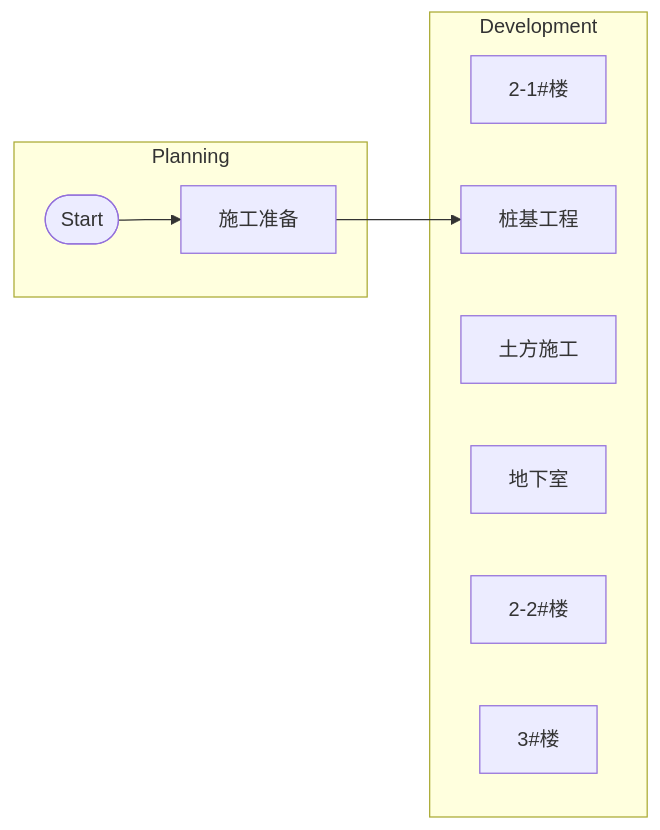
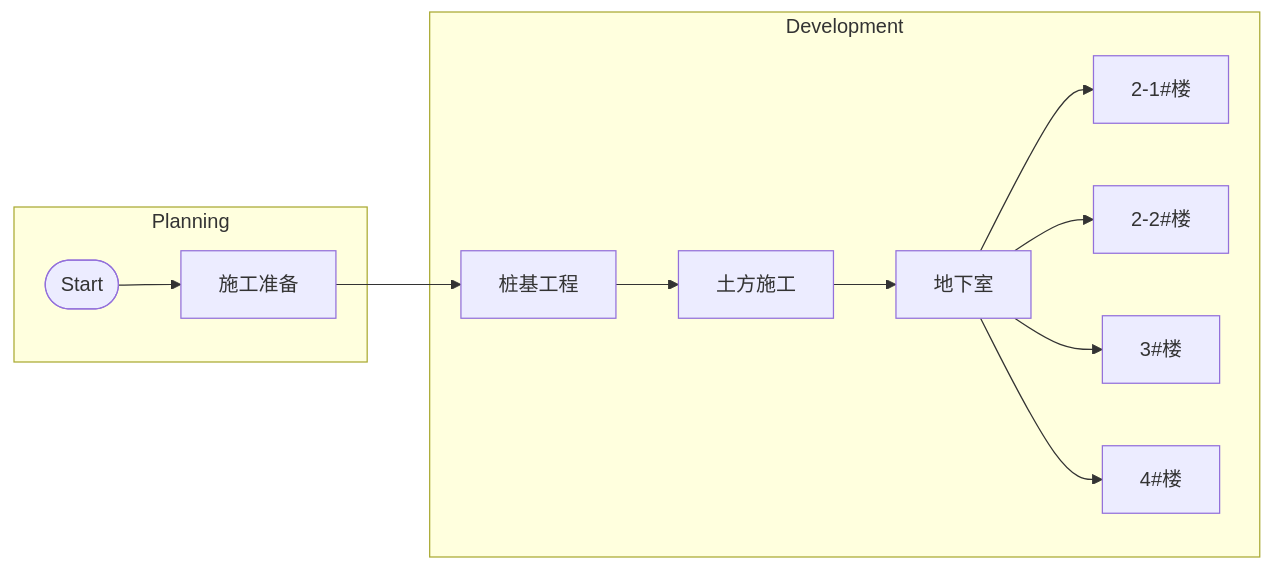
One commit to fireflysss/mermaid-notes changed the diagram in mmd/未命名_2da8a248-5e7c-4cac-a3bc-d011776074b9.mmd. Above: the diagram before and after it, drawn with Mermaid. The commit also changed 3 other files, not shown here.

Commit message:
Sync Mermaid Studio data (18 diagrams)

```diff
--- a/mmd/未命名_2da8a248-5e7c-4cac-a3bc-d011776074b9.mmd
+++ b/mmd/未命名_2da8a248-5e7c-4cac-a3bc-d011776074b9.mmd
@@ -1,15 +1,22 @@
 flowchart LR
   subgraph lane_0["Planning"]
     t_0(["Start"])
     t_1["施工准备"]
   end
   subgraph lane_1["Development"]
     t_2["2-1#楼"]
     t_3["桩基工程"]
     t_4["土方施工"]
     t_5["地下室"]
     t_6["2-2#楼"]
     t_7["3#楼"]
+    t_8["4#楼"]
   end
   t_0 --> t_1
   t_1 --> t_3
+  t_3 --> t_4
+  t_4 --> t_5
+  t_5 --> t_2
+  t_5 --> t_6
+  t_5 --> t_7
+  t_5 --> t_8
```
